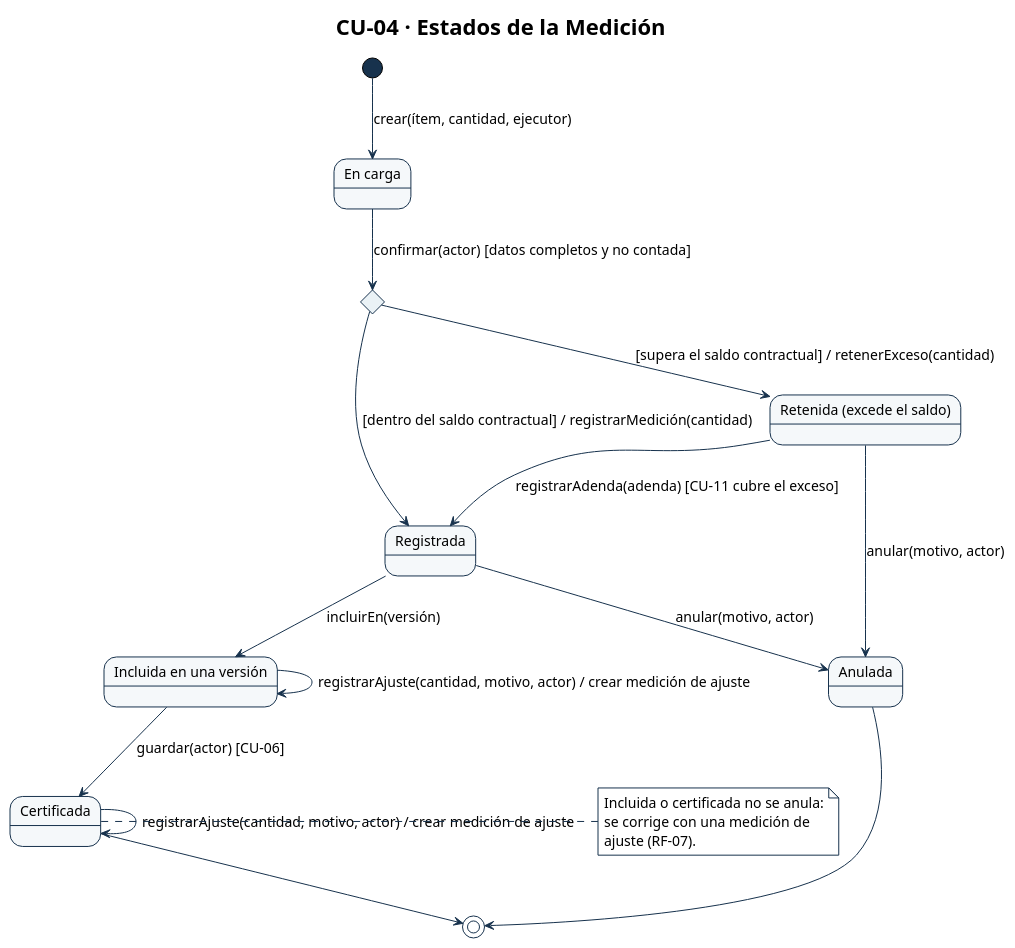
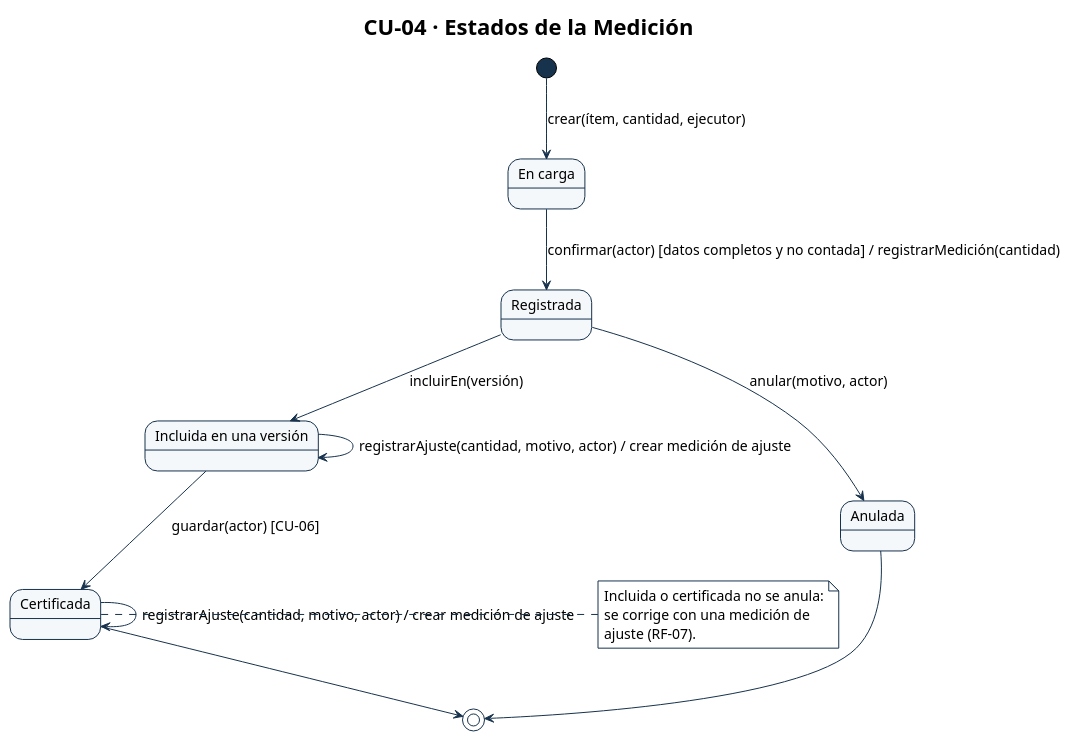
One commit to Ssrrb/tpf-uca changed the diagram in diagramas/CU-04-estados.puml. Above: the diagram before and after it, drawn with PlantUML. The commit also changed 16 other files, not shown here.

```diff
--- a/diagramas/CU-04-estados.puml
+++ b/diagramas/CU-04-estados.puml
@@ -1,63 +1,57 @@
 @startuml
 !theme plain
 skinparam style strictuml
 skinparam shadowing false
 skinparam defaultFontName Arial
 skinparam defaultFontSize 14
 skinparam ArrowColor #17324D
 skinparam activity {
   StartColor #17324D
   EndColor #17324D
   BarColor #17324D
   BackgroundColor #F5F8FA
   BorderColor #17324D
   DiamondBackgroundColor #EAF2F6
   DiamondBorderColor #17324D
 }
 skinparam swimlane {
   BorderColor #17324D
   TitleBackgroundColor #EAF2F6
 }
 skinparam state {
   StartColor #17324D
   EndColor #17324D
   BackgroundColor #F5F8FA
   BorderColor #17324D
 }
 skinparam package {
   BackgroundColor #EAF2F6
   BorderColor #17324D
 }
 skinparam note {
   BackgroundColor #FFFFFF
   BorderColor #17324D
 }
 title CU-04 · Estados de la Medición
-state confirmacion <<choice>>
 state "En carga" as en_carga
 state "Registrada" as registrada
-state "Retenida (excede el saldo)" as retenida
 state "Incluida en una versión" as incluida
 state "Certificada" as certificada
 state "Anulada" as anulada
 
 [*] --> en_carga : crear(ítem, cantidad, ejecutor)
-en_carga --> confirmacion : confirmar(actor) [datos completos y no contada]
-confirmacion --> registrada : [dentro del saldo contractual] / registrarMedición(cantidad)
-confirmacion --> retenida : [supera el saldo contractual] / retenerExceso(cantidad)
-retenida --> registrada : registrarAdenda(adenda) [CU-11 cubre el exceso]
+en_carga --> registrada : confirmar(actor) [datos completos y no contada] / registrarMedición(cantidad)
 registrada --> anulada : anular(motivo, actor)
-retenida --> anulada : anular(motivo, actor)
 registrada --> incluida : incluirEn(versión)
 incluida --> certificada : guardar(actor) [CU-06]
 incluida --> incluida : registrarAjuste(cantidad, motivo, actor) / crear medición de ajuste
 certificada --> certificada : registrarAjuste(cantidad, motivo, actor) / crear medición de ajuste
 anulada --> [*]
 certificada --> [*]
 
 note right of certificada
   Incluida o certificada no se anula:
   se corrige con una medición de
   ajuste (RF-07).
 end note
 @enduml
```
